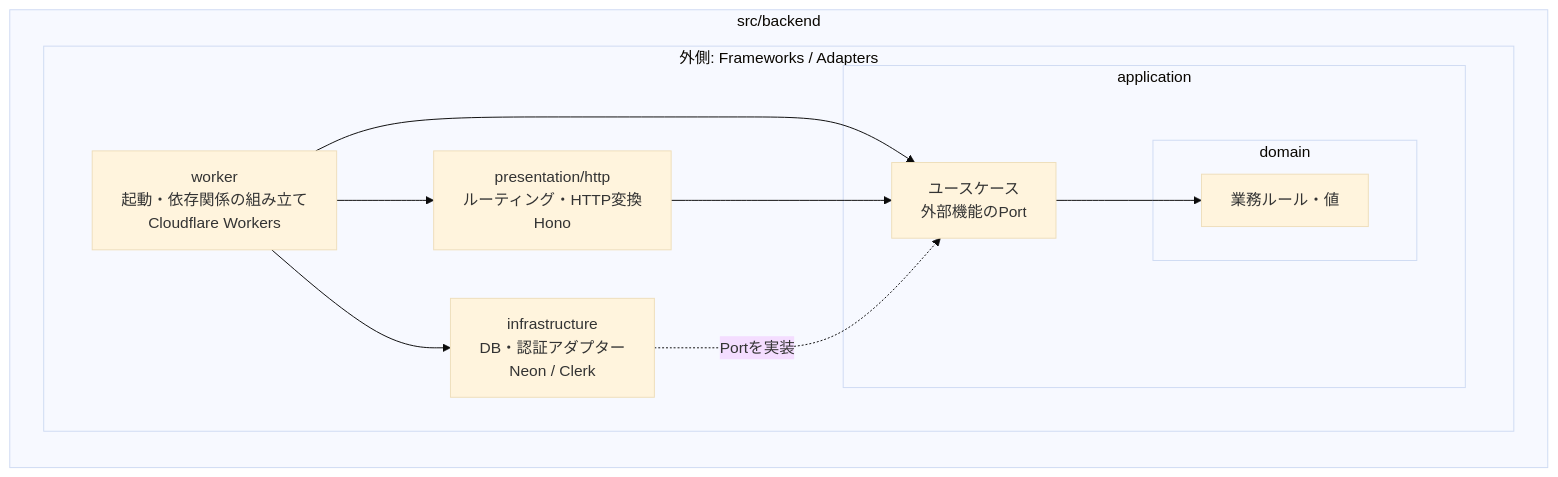
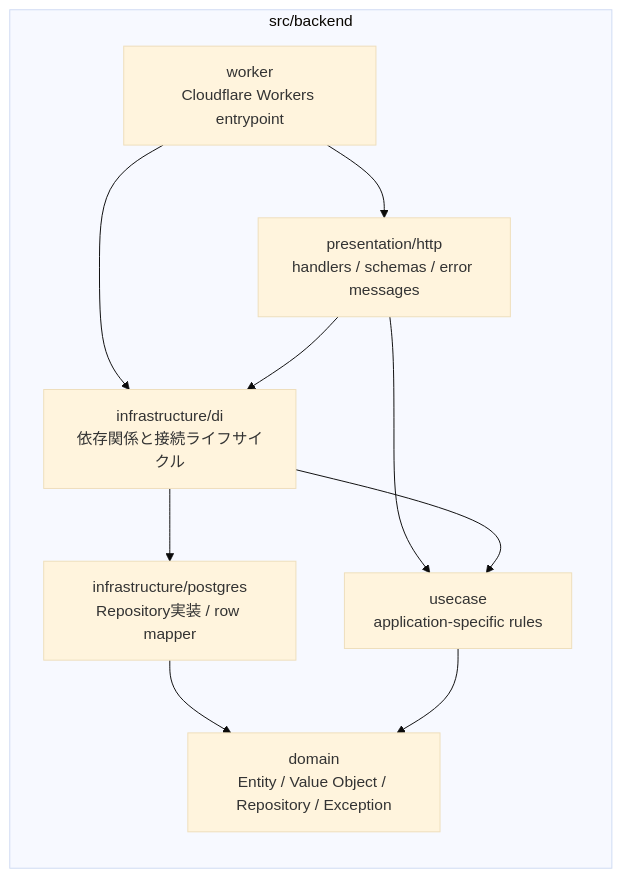
One commit to gananana24/budget-app changed the diagram in docs/tech-stack.md. Above: the diagram before and after it, drawn with Mermaid (base theme). The commit also changed other lines of this file and 61 other files, not shown here.

````diff
--- a/docs/tech-stack.md
+++ b/docs/tech-stack.md
@@ -11,24 +11,21 @@
 ```mermaid
 flowchart TB
 	 subgraph Backend["src/backend"]
 		direction TB
-		subgraph Outer["外側: Frameworks / Adapters"]
-			Worker["worker<br/>起動・依存関係の組み立て<br/>Cloudflare Workers"]
-			Presentation["presentation/http<br/>ルーティング・HTTP変換<br/>Hono"]
-			Infrastructure["infrastructure<br/>DB・認証アダプター<br/>Neon / Clerk"]
-			subgraph Application["application"]
-				UseCases["ユースケース<br/>外部機能のPort"]
-				subgraph Domain["domain"]
-					Rules["業務ルール・値"]
-				end
-			end
-		end
+		Worker["worker<br/>Cloudflare Workers entrypoint"]
+		Presentation["presentation/http<br/>handlers / schemas / error messages"]
+		DI["infrastructure/di<br/>依存関係と接続ライフサイクル"]
+		Infrastructure["infrastructure/postgres<br/>Repository実装 / row mapper"]
+		UseCases["usecase<br/>application-specific rules"]
+		Domain["domain<br/>Entity / Value Object / Repository / Exception"]
 
 		Worker --> Presentation
-		Worker --> Infrastructure
-		Worker --> UseCases
+		Worker --> DI
+		Presentation --> DI
 		Presentation --> UseCases
-		Infrastructure -. "Portを実装" .-> UseCases
-		UseCases --> Rules
+		DI --> Infrastructure
+		DI --> UseCases
+		Infrastructure --> Domain
+		UseCases --> Domain
 	end
 ```
````
